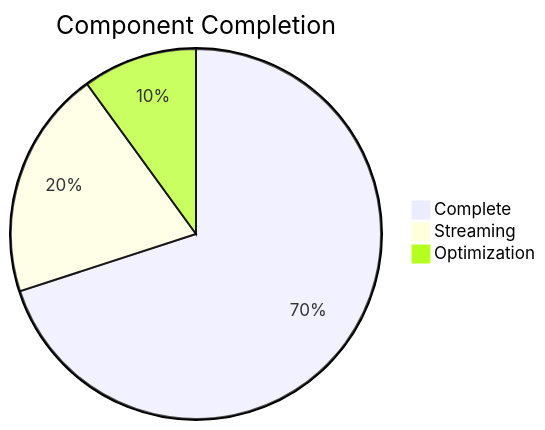
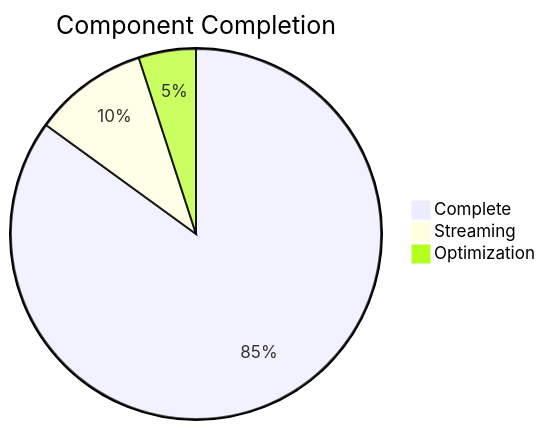
Before and after one commit to laialex501/lorechat-container: the diagram in memory-bank/progress.md, drawn with Mermaid. The commit also changed other lines of this file and 11 other files, not shown here.

````diff
--- a/memory-bank/progress.md
+++ b/memory-bank/progress.md
@@ -89,6 +6,6 @@
 ```mermaid
 pie title Component Completion
-    "Complete" : 70
-    "Streaming" : 20
-    "Optimization" : 10
+    "Complete" : 85
+    "Streaming" : 10
+    "Optimization" : 5
 ```
````
